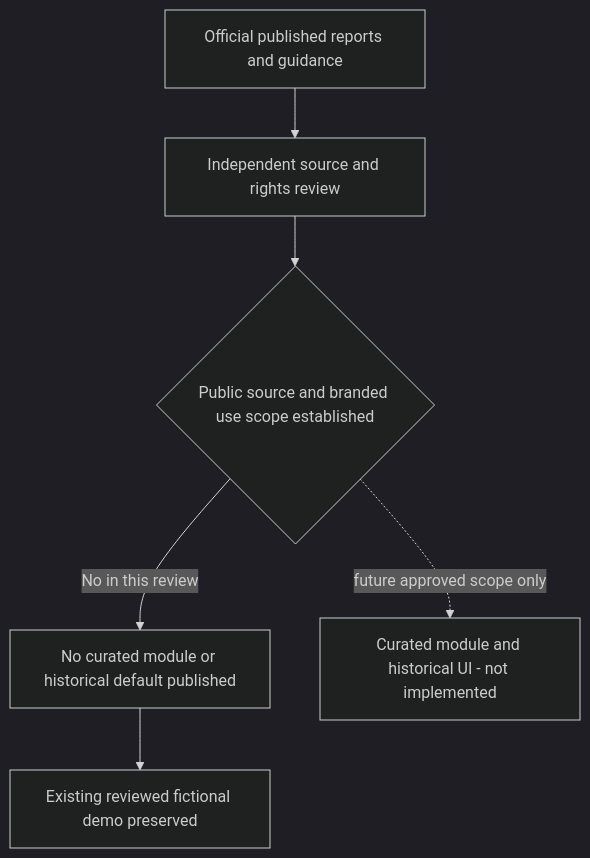
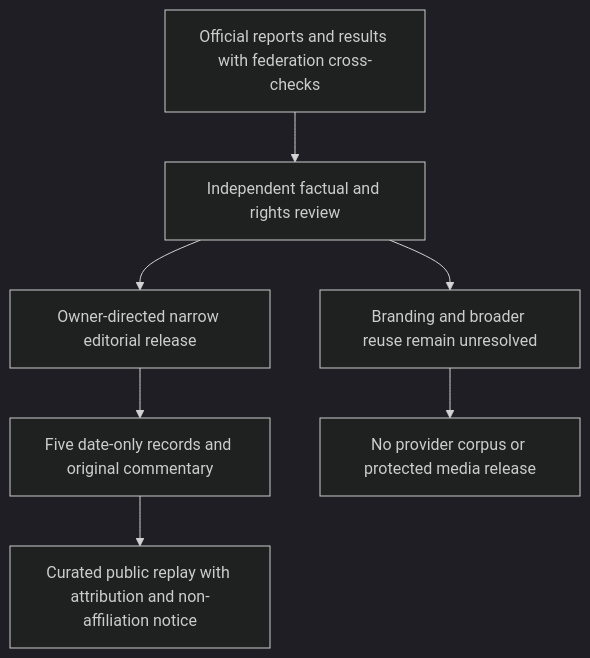
One commit to jeffreymutethia/world-cup-lens changed the diagram in docs/curated-history-review.md. Above: the diagram before and after it, drawn with Mermaid (dark theme). The commit also changed other lines of this file and 28 other files, not shown here.

Commit message:
Feature five curated World Cup results in public replay

````diff
--- a/docs/curated-history-review.md
+++ b/docs/curated-history-review.md
@@ -45,8 +57,9 @@
 ```mermaid
 flowchart TD
-  Sources[Official published reports and guidance] --> Review[Independent source and rights review]
-  Review --> Gate{Public source and branded use scope established}
-  Gate -->|No in this review| Hold[No curated module or historical default published]
-  Hold --> Current[Existing reviewed fictional demo preserved]
-  Gate -. future approved scope only .-> Planned[Curated module and historical UI - not implemented]
+  Sources[Official reports and results with federation cross-checks] --> Review[Independent factual and rights review]
+  Review --> Decision[Owner-directed narrow editorial release]
+  Decision --> Local[Five date-only records and original commentary]
+  Local --> UI[Curated public replay with attribution and non-affiliation notice]
+  Review --> Unknown[Branding and broader reuse remain unresolved]
+  Unknown --> Excluded[No provider corpus or protected media release]
 ```
````
